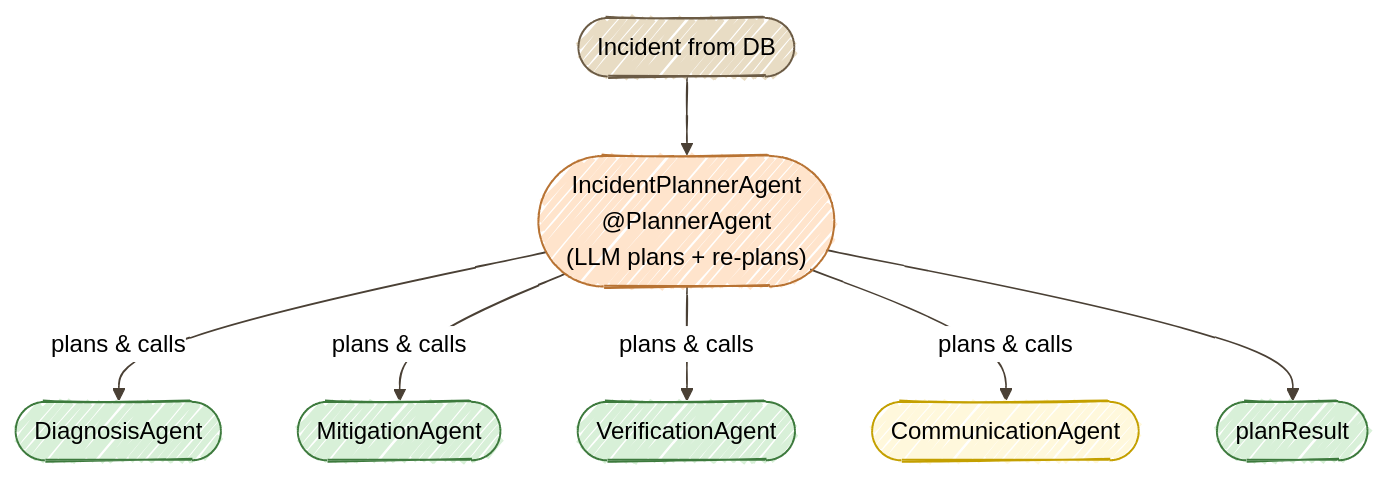
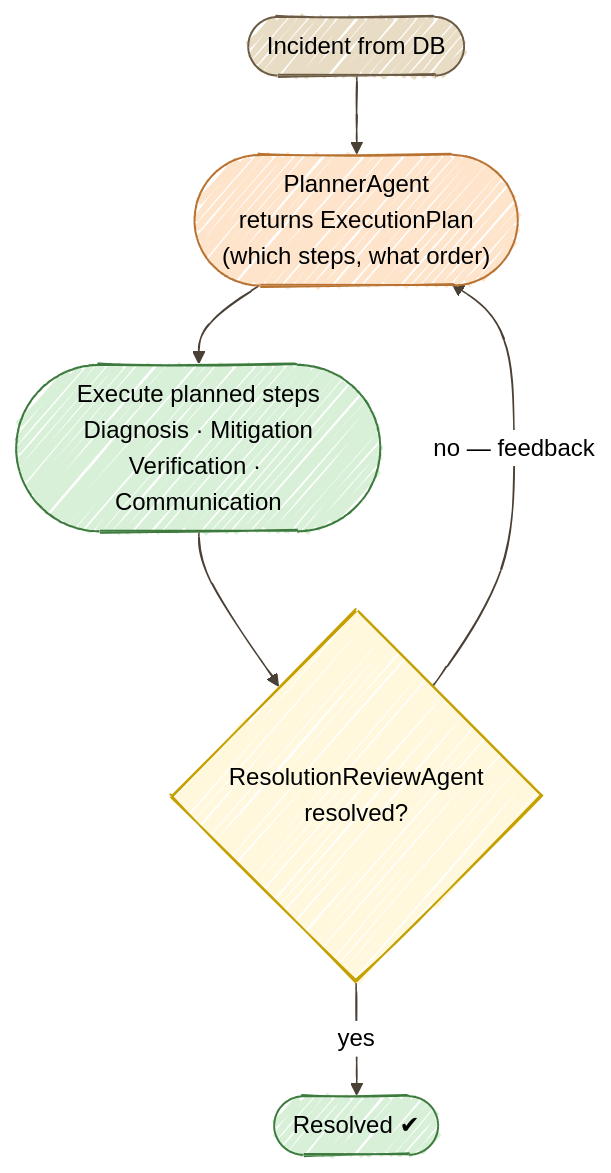
The diagram in docs/09-plan-execute/START_HERE.md (danieloh30/agentic-ai-java-workshop), drawn with Mermaid before and after one commit. The commit also changed other lines of this file and 23 other files, not shown here.

````diff
--- a/docs/09-plan-execute/START_HERE.md
+++ b/docs/09-plan-execute/START_HERE.md
@@ -38,26 +43,21 @@
 ```mermaid
 %%{init: {'look':'handDrawn','theme':'neutral','themeVariables': {'lineColor':'#4A4035'}}}%%
 flowchart TD
     START(["Incident from DB"])
-    PLAN(["IncidentPlannerAgent<br/>@PlannerAgent<br/>(LLM plans + re-plans)"])
-    DIAG([DiagnosisAgent])
-    MIT([MitigationAgent])
-    VER([VerificationAgent])
-    COM([CommunicationAgent])
-    DONE(["planResult"])
+    PLAN(["PlannerAgent<br/>returns ExecutionPlan<br/>(which steps, what order)"])
+    EXEC(["Execute planned steps<br/>Diagnosis · Mitigation<br/>Verification · Communication"])
+    REVIEW{"ResolutionReviewAgent<br/>resolved?"}
+    DONE(["Resolved ✔"])
 
     START --> PLAN
-    PLAN -->|plans & calls| DIAG
-    PLAN -->|plans & calls| MIT
-    PLAN -->|plans & calls| VER
-    PLAN -->|plans & calls| COM
-    PLAN --> DONE
+    PLAN --> EXEC
+    EXEC --> REVIEW
+    REVIEW -->|no — feedback| PLAN
+    REVIEW -->|yes| DONE
 
     style START fill:#E8DCC4,stroke:#6B5B45
     style PLAN fill:#FFE4CC,stroke:#B87333
-    style DIAG fill:#D8F0D8,stroke:#3D7A3D
-    style MIT fill:#D8F0D8,stroke:#3D7A3D
-    style VER fill:#D8F0D8,stroke:#3D7A3D
-    style COM fill:#FFF8DC,stroke:#C4A000
+    style EXEC fill:#D8F0D8,stroke:#3D7A3D
+    style REVIEW fill:#FFF8DC,stroke:#C4A000
     style DONE fill:#D8F0D8,stroke:#3D7A3D
 ```
````
